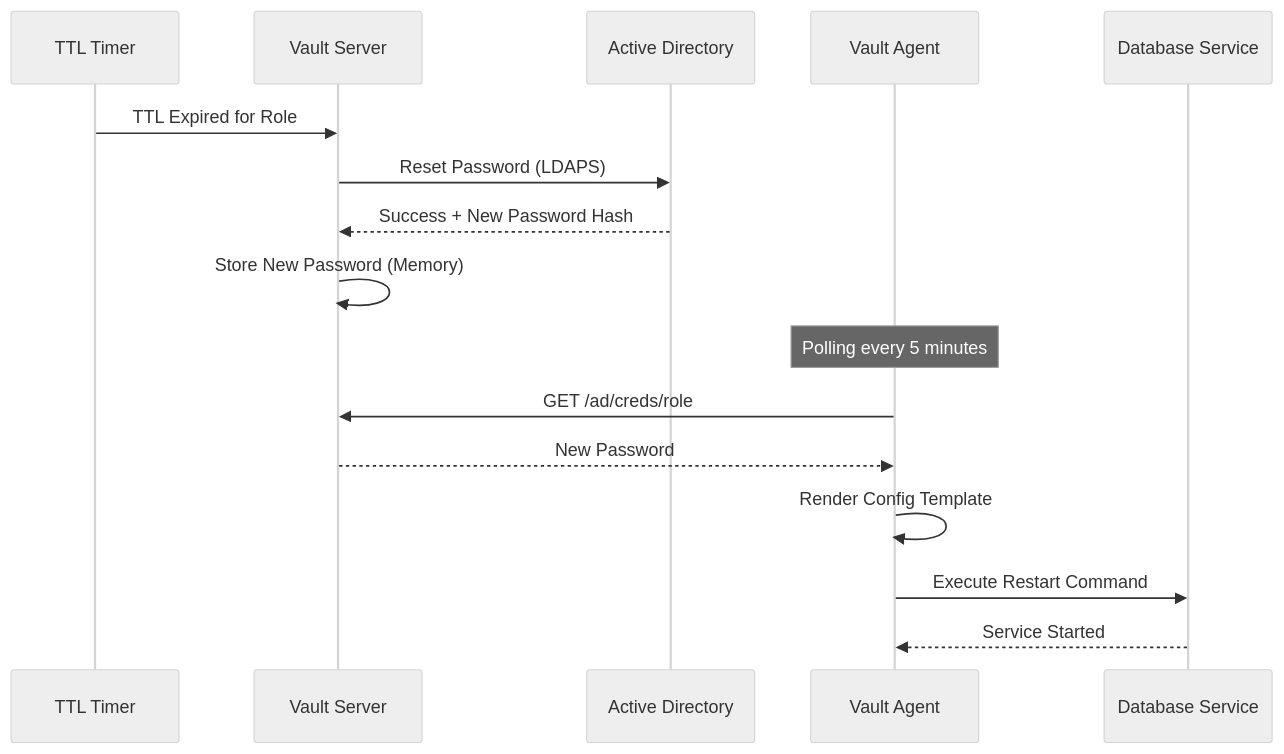
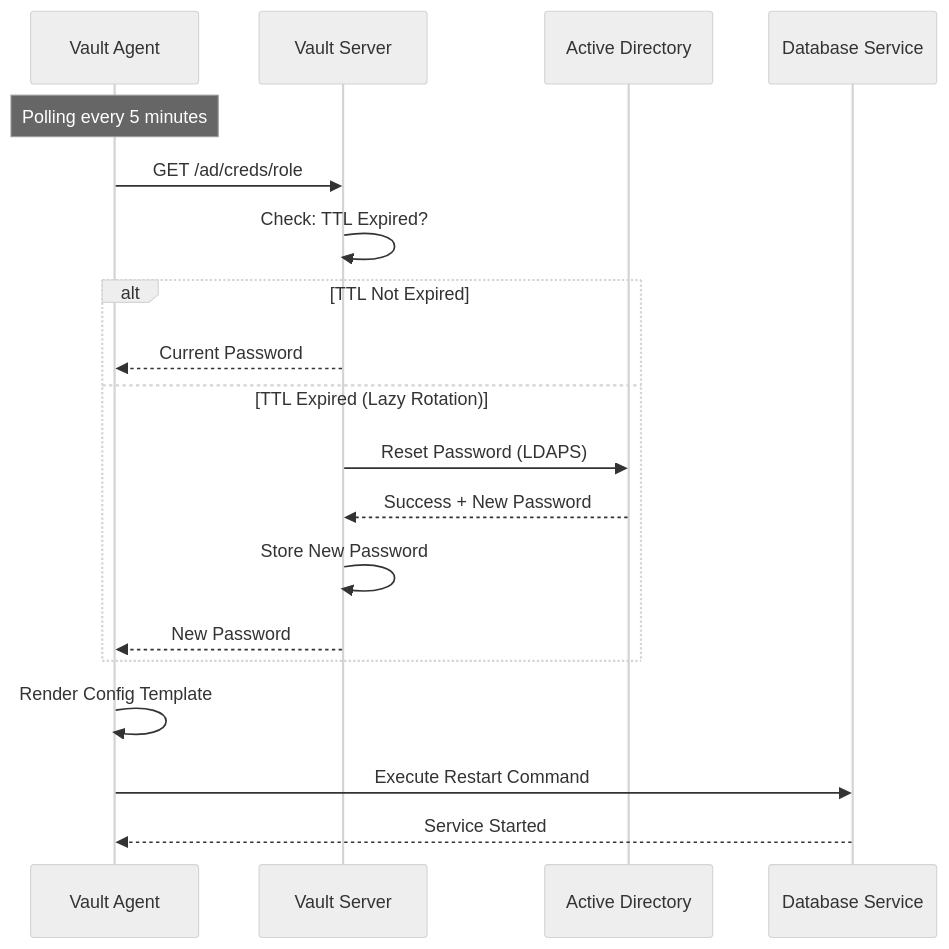
The second of 3 diagrams in docs/projects/ad-password-rotation/design/design.md (davidvupham/dbtools), drawn with Mermaid (neutral theme) before and after one commit. The commit also changed other lines of this file and 14 other files, not shown here.

First line of the commit message:
docs: enhance AD password rotation project with best practices

````diff
--- a/docs/projects/ad-password-rotation/design/design.md
+++ b/docs/projects/ad-password-rotation/design/design.md
@@ -45,19 +48,22 @@
 ```mermaid
 sequenceDiagram
-    participant TTL as TTL Timer
+    participant Agent as Vault Agent
     participant Vault as Vault Server
     participant AD as Active Directory
-    participant Agent as Vault Agent
     participant DB as Database Service
 
-    TTL->>Vault: TTL Expired for Role
-    Vault->>AD: Reset Password (LDAPS)
-    AD-->>Vault: Success + New Password Hash
-    Vault->>Vault: Store New Password (Memory)
     Note over Agent: Polling every 5 minutes
     Agent->>Vault: GET /ad/creds/role
-    Vault-->>Agent: New Password
+    Vault->>Vault: Check: TTL Expired?
+    alt TTL Not Expired
+        Vault-->>Agent: Current Password
+    else TTL Expired (Lazy Rotation)
+        Vault->>AD: Reset Password (LDAPS)
+        AD-->>Vault: Success + New Password
+        Vault->>Vault: Store New Password
+        Vault-->>Agent: New Password
+    end
     Agent->>Agent: Render Config Template
     Agent->>DB: Execute Restart Command
     DB-->>Agent: Service Started
 ```
````
